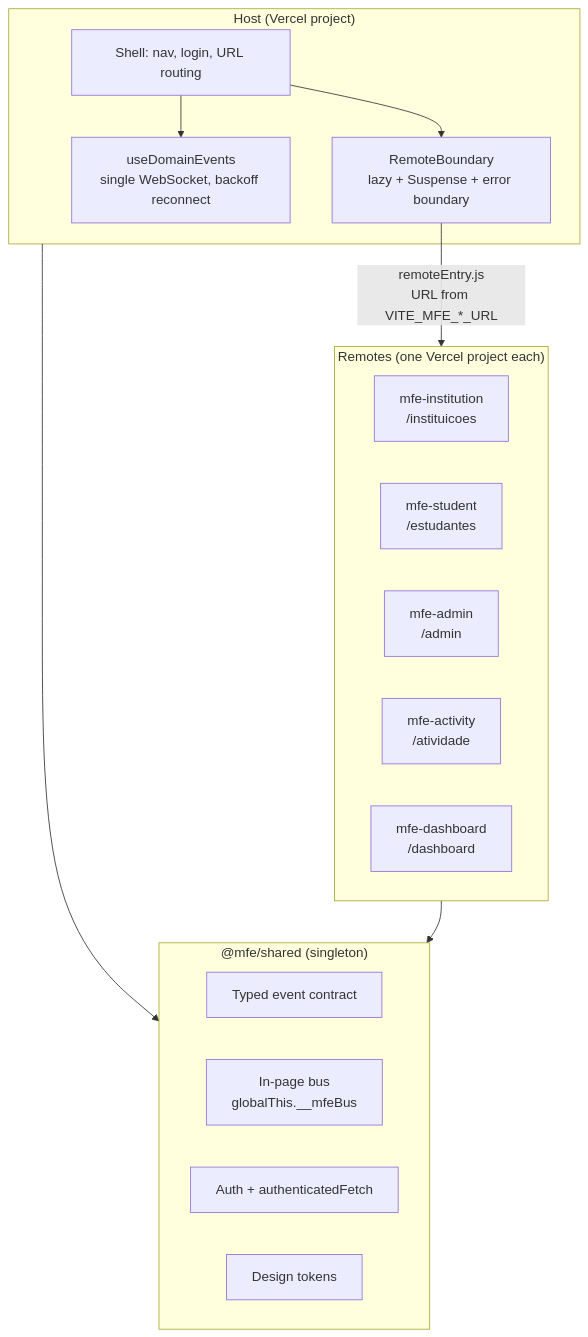
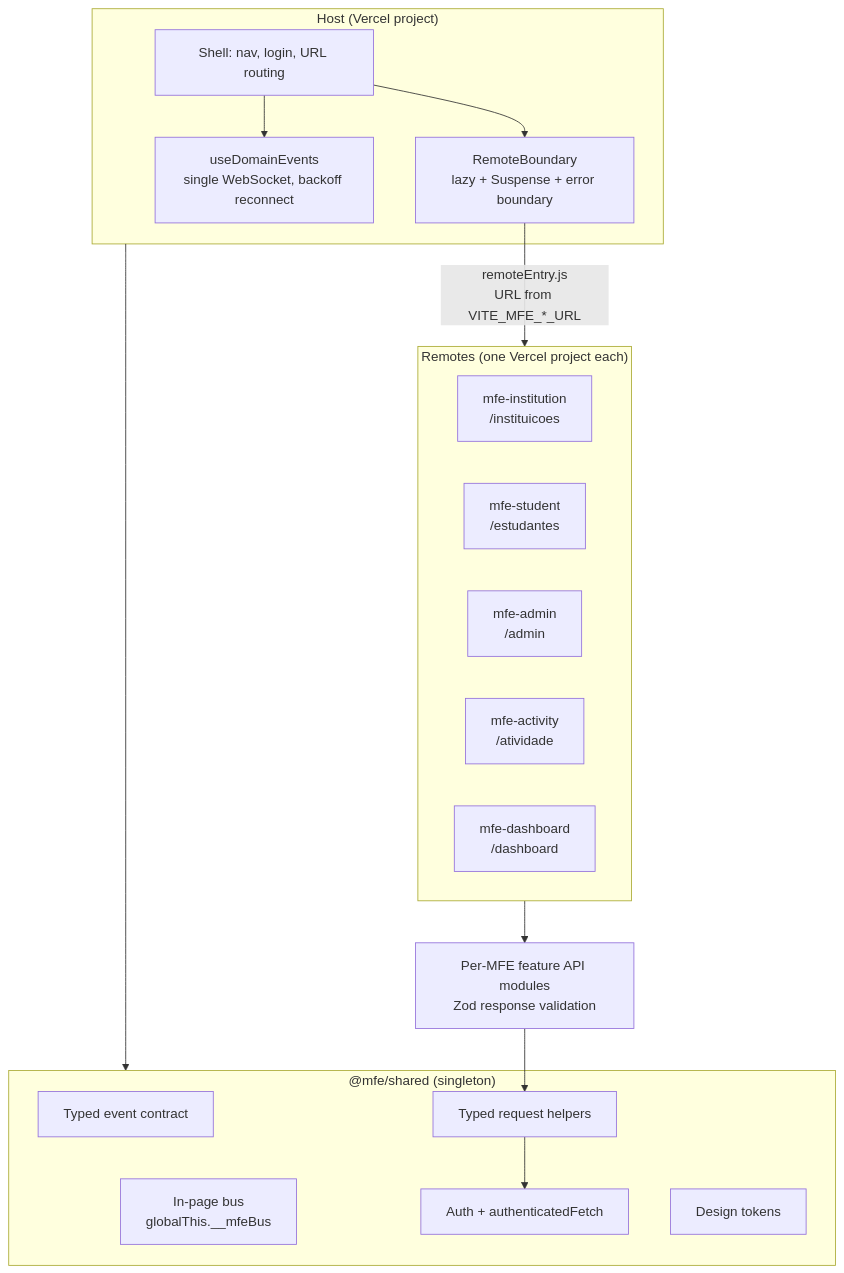
The second of 5 diagrams in docs/architecture.md (fidelis27/mfe-communication), drawn with Mermaid before and after one commit. The commit also changed other lines of this file and 26 other files, not shown here.

First line of the commit message:
feat(frontend): add validated feature API layer (#96)

````diff
--- a/docs/architecture.md
+++ b/docs/architecture.md
@@ -39,29 +39,32 @@
 ```mermaid
 flowchart TB
     subgraph host["Host (Vercel project)"]
         shell["Shell: nav, login, URL routing"]
         boundary["RemoteBoundary<br/>lazy + Suspense + error boundary"]
         ws["useDomainEvents<br/>single WebSocket, backoff reconnect"]
         shell --> boundary
         shell --> ws
     end
 
     subgraph remotes["Remotes (one Vercel project each)"]
         inst["mfe-institution<br/>/instituicoes"]
         stud["mfe-student<br/>/estudantes"]
         adm["mfe-admin<br/>/admin"]
         act["mfe-activity<br/>/atividade"]
         dash["mfe-dashboard<br/>/dashboard"]
     end
 
+    featureApi["Per-MFE feature API modules<br/>Zod response validation"]
+
     subgraph shared["@mfe/shared (singleton)"]
         contract["Typed event contract"]
         bus["In-page bus<br/>globalThis.__mfeBus"]
+        requestApi["Typed request helpers"]
         authlib["Auth + authenticatedFetch"]
         tokens["Design tokens"]
     end
 
     boundary -- "remoteEntry.js<br/>URL from VITE_MFE_*_URL" --> remotes
     host --> shared
-    remotes --> shared
+    remotes --> featureApi --> requestApi --> authlib
 ```
````
